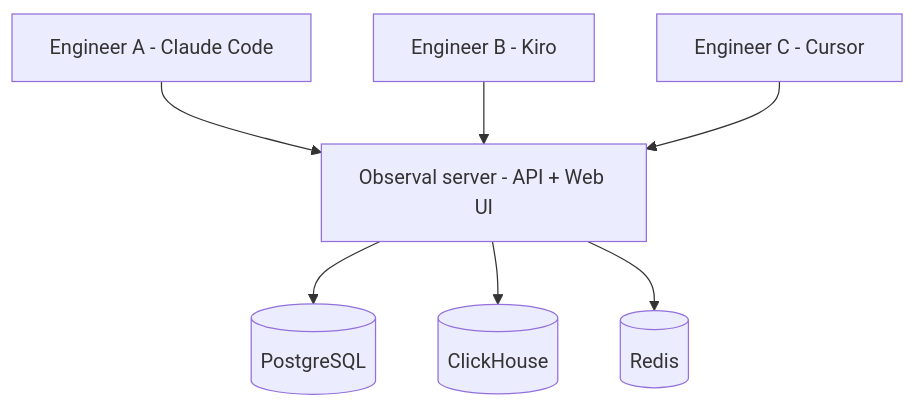
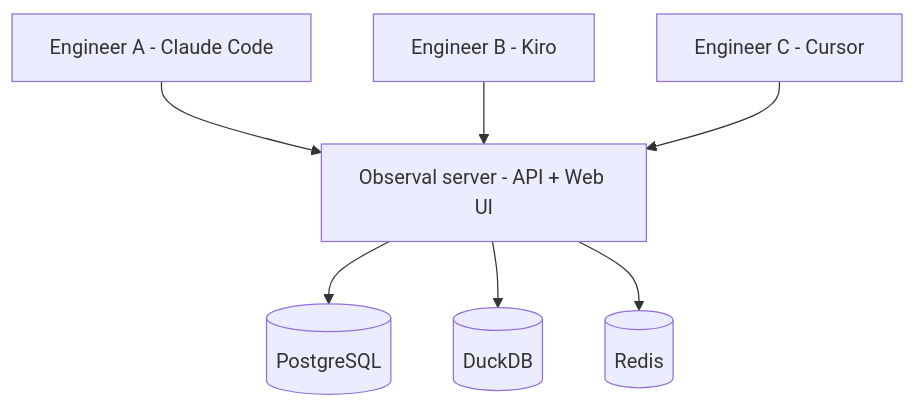
Before and after one commit to Observal/Observal: the diagram in docs/use-cases/team-registry.md, drawn with Mermaid. The commit also changed 315 other files, not shown here.

First line of the commit message:
feat(analytics)!: replace ClickHouse with DuckDB

````diff
--- a/docs/use-cases/team-registry.md
+++ b/docs/use-cases/team-registry.md
@@ -22,17 +22,17 @@
 ```mermaid
 flowchart TB
     server["Observal server - API + Web UI"]
     db[(PostgreSQL)]
-    ch[(ClickHouse)]
+    ch[(DuckDB)]
     redis[(Redis)]
     a["Engineer A - Claude Code"]
     b["Engineer B - Kiro"]
     c["Engineer C - Cursor"]
 
     server --> db
     server --> ch
     server --> redis
     a --> server
     b --> server
     c --> server
 ```
````
